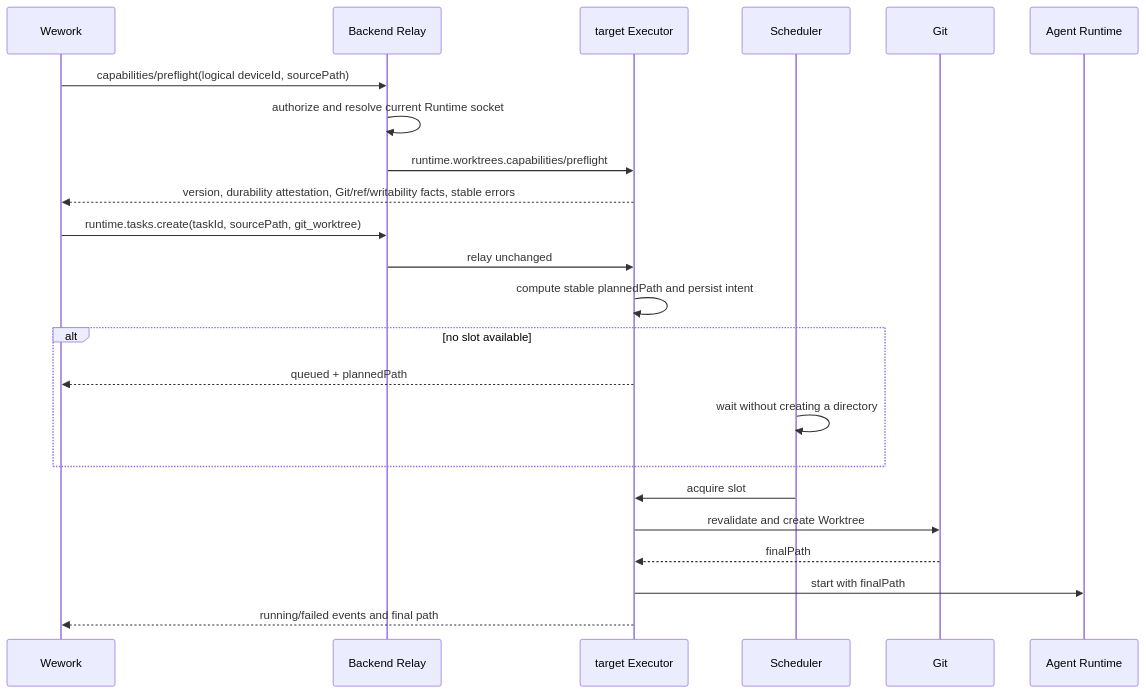
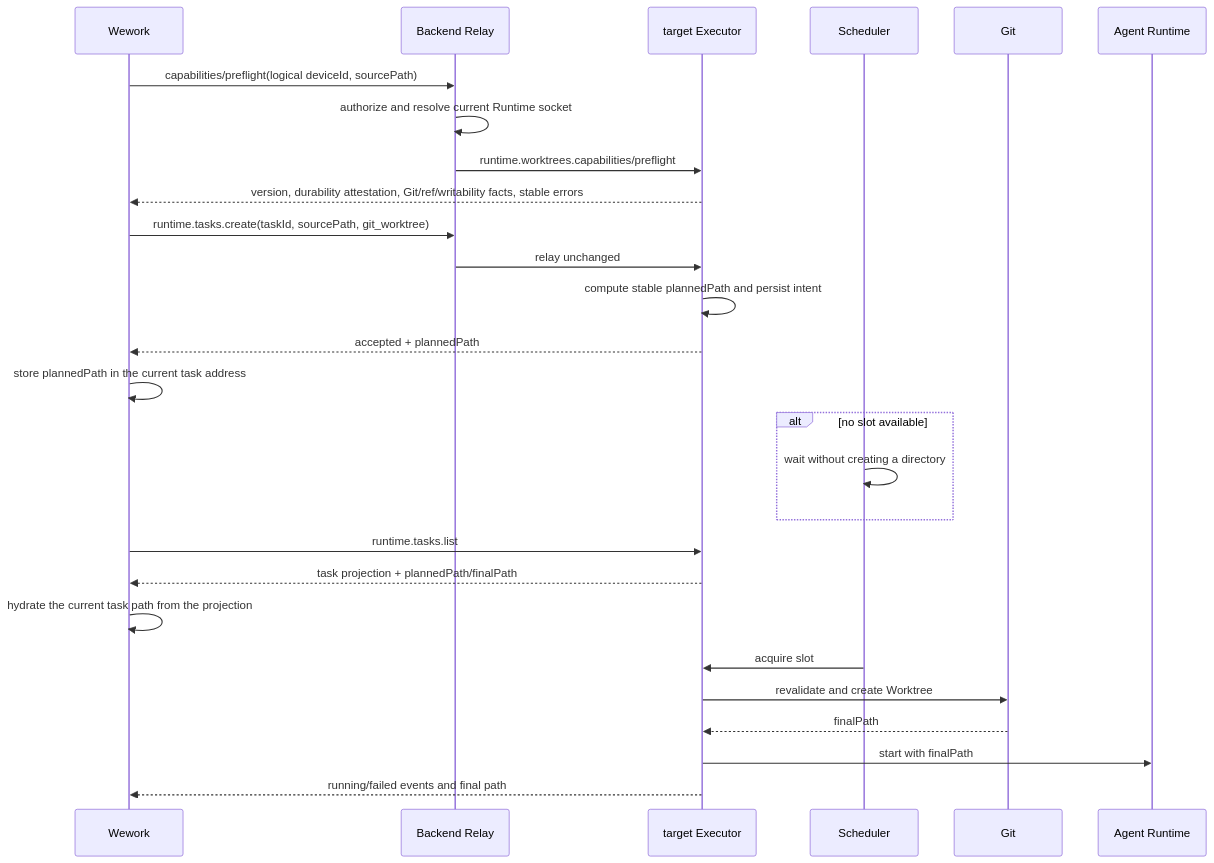
One commit to wecode-ai/Wegent changed the second of 3 diagrams in docs/en/architecture/git-worktree-execution.md. Above: the diagram before and after it, drawn with Mermaid. The commit also changed other lines of this file and 9 other files, not shown here.

Commit message:
fix(wework): restore task path and scroll anchors

````diff
--- a/docs/en/architecture/git-worktree-execution.md
+++ b/docs/en/architecture/git-worktree-execution.md
@@ -40,26 +40,30 @@
 ```mermaid
 sequenceDiagram
     participant U as Wework
     participant B as Backend Relay
     participant E as target Executor
     participant S as Scheduler
     participant G as Git
     participant R as Agent Runtime
 
     U->>B: capabilities/preflight(logical deviceId, sourcePath)
     B->>B: authorize and resolve current Runtime socket
     B->>E: runtime.worktrees.capabilities/preflight
     E-->>U: version, durability attestation, Git/ref/writability facts, stable errors
     U->>B: runtime.tasks.create(taskId, sourcePath, git_worktree)
     B->>E: relay unchanged
     E->>E: compute stable plannedPath and persist intent
+    E-->>U: accepted + plannedPath
+    U->>U: store plannedPath in the current task address
     alt no slot available
-        E-->>U: queued + plannedPath
         S->>S: wait without creating a directory
     end
+    U->>E: runtime.tasks.list
+    E-->>U: task projection + plannedPath/finalPath
+    U->>U: hydrate the current task path from the projection
     S->>E: acquire slot
     E->>G: revalidate and create Worktree
     G-->>E: finalPath
     E->>R: start with finalPath
     E-->>U: running/failed events and final path
 ```
````
